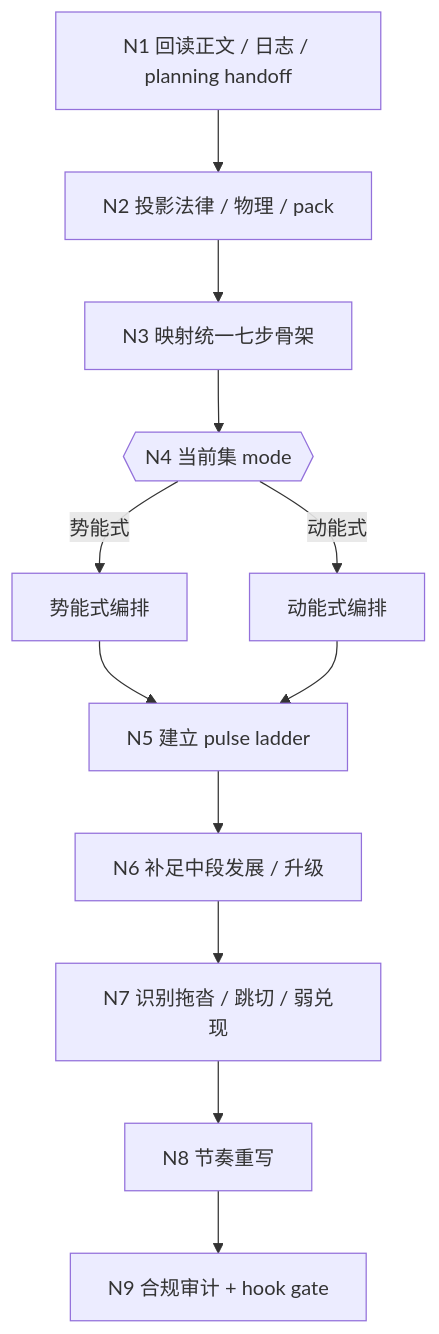
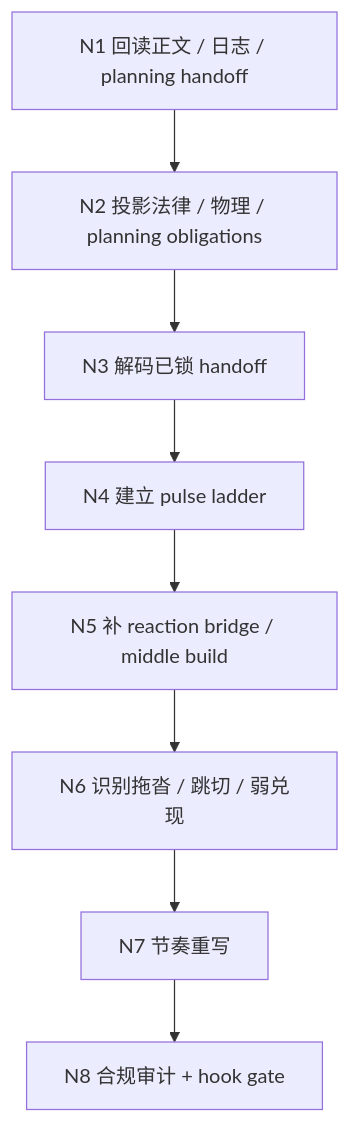
The first of 4 diagrams in .agents/skills/story/3-Drafting/2-节奏优化/SKILL.md (ZEN-VOID/AI-CUT), drawn with Mermaid before and after one commit. The commit also changed other lines of this file and 281 other files, not shown here.

````diff
--- a/.agents/skills/story/3-Drafting/2-节奏优化/SKILL.md
+++ b/.agents/skills/story/3-Drafting/2-节奏优化/SKILL.md
@@ -162,14 +171,10 @@
 ```mermaid
 flowchart TD
-    A["N1 回读正文 / 日志 / planning handoff"] --> B["N2 投影法律 / 物理 / pack"]
-    B --> C["N3 映射统一七步骨架"]
-    C --> D{{"N4 当前集 mode"}}
-    D -->|"势能式"| E["势能式编排"]
-    D -->|"动能式"| F["动能式编排"]
-    E --> G["N5 建立 pulse ladder"]
-    F --> G
-    G --> H["N6 补足中段发展 / 升级"]
-    H --> I["N7 识别拖沓 / 跳切 / 弱兑现"]
-    I --> J["N8 节奏重写"]
-    J --> K["N9 合规审计 + hook gate"]
+    A["N1 回读正文 / 日志 / planning handoff"] --> B["N2 投影法律 / 物理 / planning obligations"]
+    B --> C["N3 解码已锁 handoff"]
+    C --> D["N4 建立 pulse ladder"]
+    D --> E["N5 补 reaction bridge / middle build"]
+    E --> F["N6 识别拖沓 / 跳切 / 弱兑现"]
+    F --> G["N7 节奏重写"]
+    G --> H["N8 合规审计 + hook gate"]
 ```
````
